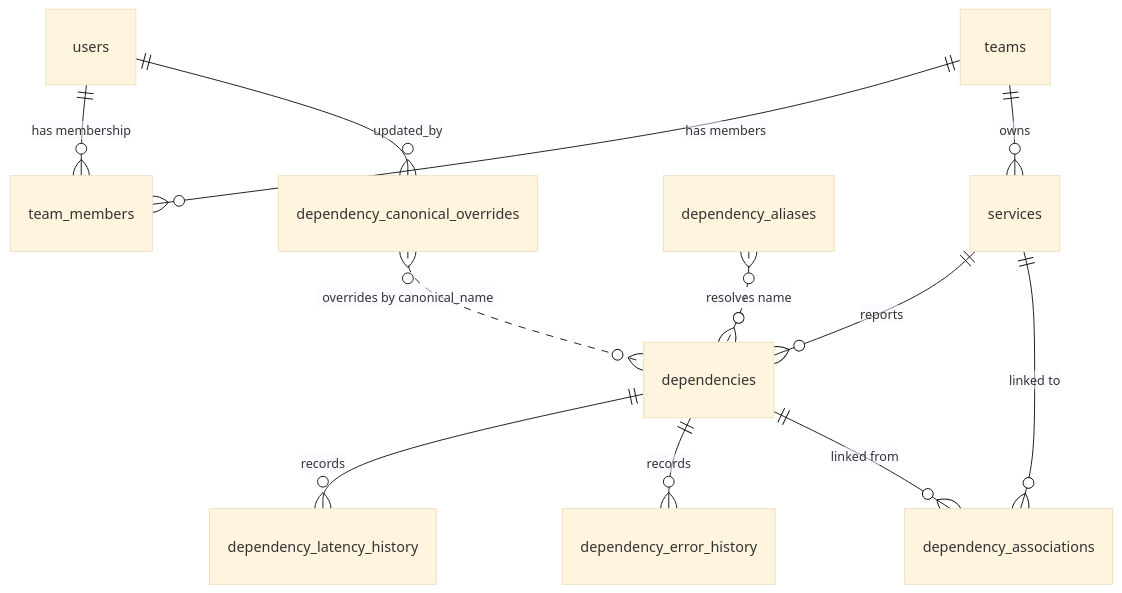
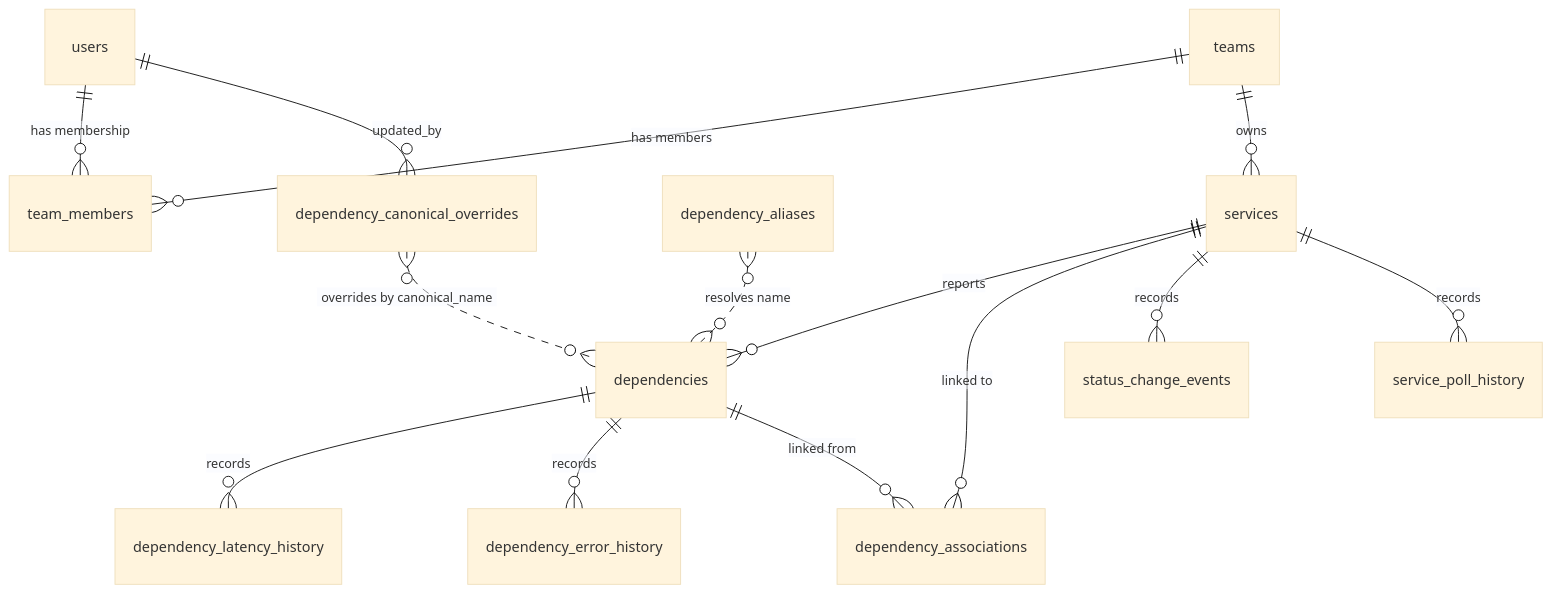
Before and after one commit to copperbox/depsera: the diagram in docs/spec/02-data-model.md, drawn with Mermaid (base theme). The commit also changed other lines of this file and 81 other files, not shown here.

````diff
--- a/docs/spec/02-data-model.md
+++ b/docs/spec/02-data-model.md
@@ -16,14 +16,16 @@
 ```mermaid
 erDiagram
     users ||--o{ team_members : "has membership"
     teams ||--o{ team_members : "has members"
     teams ||--o{ services : "owns"
     services ||--o{ dependencies : "reports"
     dependencies ||--o{ dependency_latency_history : "records"
     dependencies ||--o{ dependency_error_history : "records"
     dependencies ||--o{ dependency_associations : "linked from"
     services ||--o{ dependency_associations : "linked to"
     dependency_aliases }o..o{ dependencies : "resolves name"
     dependency_canonical_overrides }o..o{ dependencies : "overrides by canonical_name"
     users ||--o{ dependency_canonical_overrides : "updated_by"
+    services ||--o{ status_change_events : "records"
+    services ||--o{ service_poll_history : "records"
 ```
````
